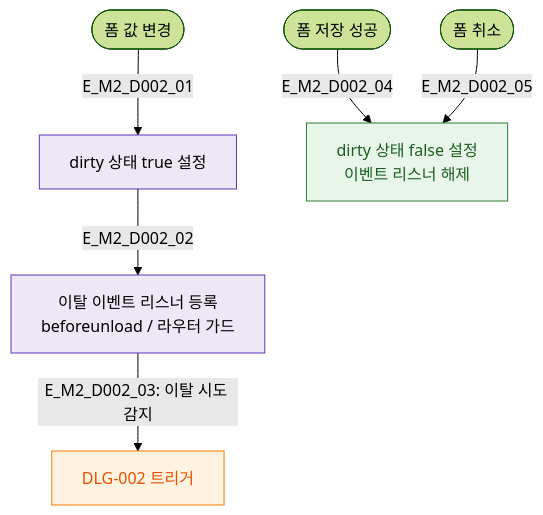
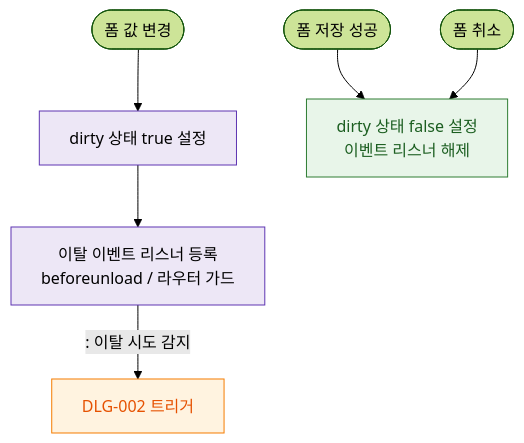
Before and after one commit to dev-spogym/admin-pando: the diagram in docs/다이어그램/D01_공통/DLG/DLG-002_이탈경고/M2_필드검증.md, drawn with Mermaid (forest theme). The commit also changed other lines of this file and 1660 other files, not shown here.

First line of the commit message:
다이어그램: 기획자/클라이언트 납품본으로 정리

````diff
--- a/docs/다이어그램/D01_공통/DLG/DLG-002_이탈경고/M2_필드검증.md
+++ b/docs/다이어그램/D01_공통/DLG/DLG-002_이탈경고/M2_필드검증.md
@@ -19,19 +17,19 @@
 ```mermaid
 flowchart TD
-    FORM_CHANGE([폼 값 변경]) -->|E_M2_D002_01| DIRTY_STATE[dirty 상태 true 설정]
+    FORM_CHANGE([폼 값 변경]) --> DIRTY_STATE[dirty 상태 true 설정]
 
-    DIRTY_STATE -->|E_M2_D002_02| WATCH[이탈 이벤트 리스너 등록\nbeforeunload / 라우터 가드]
+    DIRTY_STATE --> WATCH[이탈 이벤트 리스너 등록\nbeforeunload / 라우터 가드]
 
-    WATCH -->|"E_M2_D002_03: 이탈 시도 감지"| TRIGGER_MODAL[DLG-002 트리거]
+    WATCH -->|": 이탈 시도 감지"|TRIGGER_MODAL[DLG-002 트리거]
 
-    FORM_SAVE([폼 저장 성공]) -->|E_M2_D002_04| CLEAN_STATE[dirty 상태 false 설정\n이벤트 리스너 해제]
+    FORM_SAVE([폼 저장 성공]) --> CLEAN_STATE[dirty 상태 false 설정\n이벤트 리스너 해제]
 
-    FORM_CANCEL([폼 취소]) -->|E_M2_D002_05| CLEAN_STATE
+    FORM_CANCEL([폼 취소]) --> CLEAN_STATE
 
-    classDef modal   fill:#FFF3E0,stroke:#F57C00,color:#E65100
-    classDef system  fill:#EDE7F6,stroke:#5E35B2
+    classDef modal fill:#FFF3E0,stroke:#F57C00,color:#E65100
+    classDef system fill:#EDE7F6,stroke:#5E35B2
     classDef success fill:#E8F5E9,stroke:#2E7D32,color:#1B5E20
     class TRIGGER_MODAL modal
     class DIRTY_STATE,WATCH system
     class CLEAN_STATE success
 ```
````
